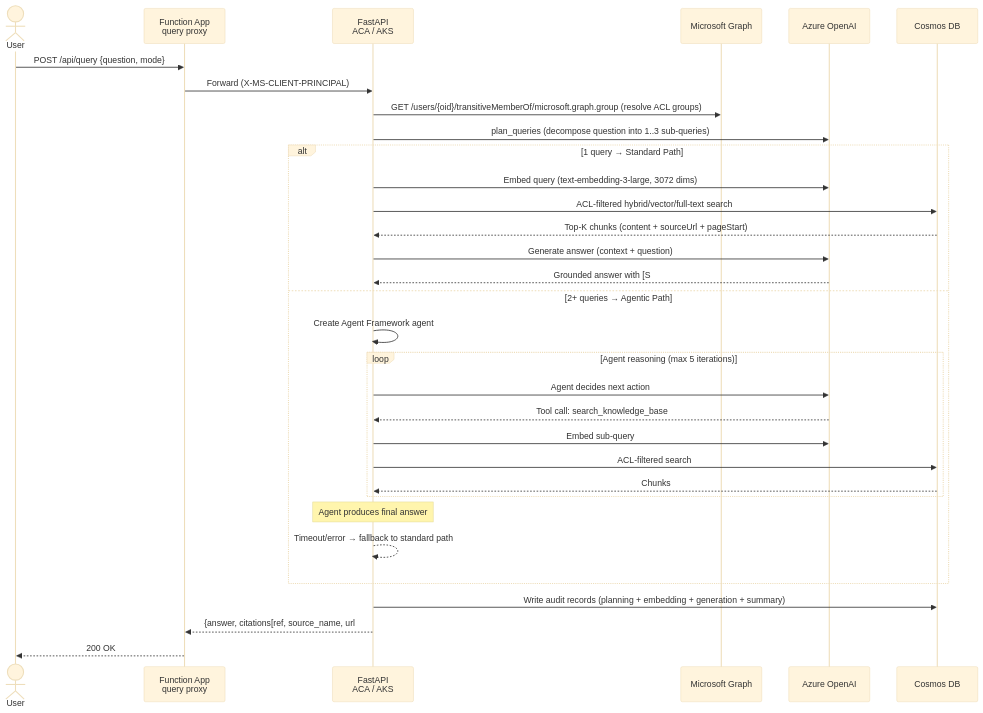
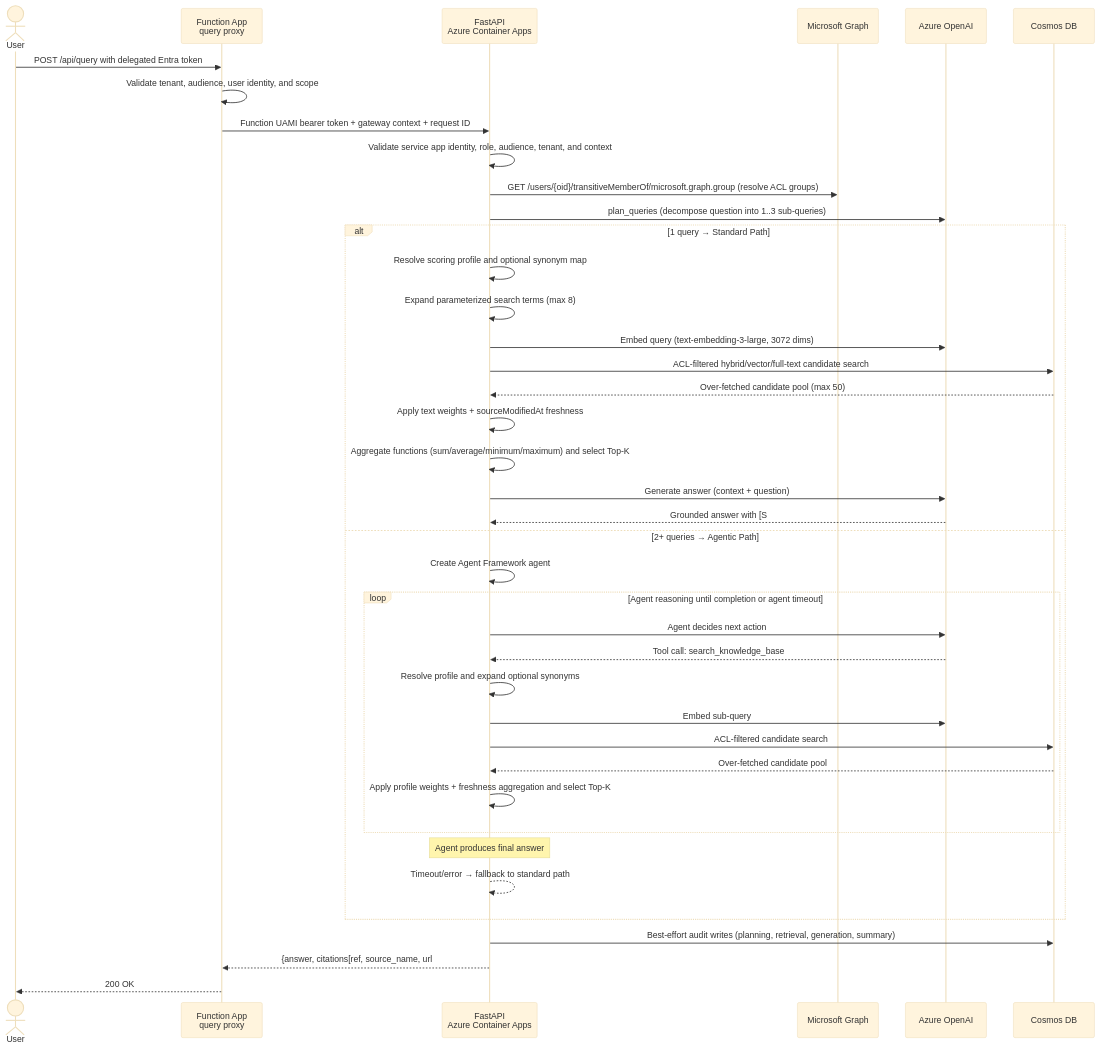
Before and after one commit to HariVamsiChittari/enterprise-rag-pipeline: the eighth of 11 diagrams in docs/ARCHITECTURE.md, drawn with Mermaid (base theme). The commit also changed other lines of this file and 108 other files, not shown here.

````diff
--- a/docs/ARCHITECTURE.md
+++ b/docs/ARCHITECTURE.md
@@ -338,35 +387,43 @@
 ```mermaid
 sequenceDiagram
     actor User
     participant Proxy as Function App<br/>query proxy
-    participant RAG as FastAPI<br/>ACA / AKS
+    participant RAG as FastAPI<br/>Azure Container Apps
     participant Graph as Microsoft Graph
     participant OAI as Azure OpenAI
     participant Cosmos as Cosmos DB
 
-    User->>Proxy: POST /api/query {question, mode}
-    Proxy->>RAG: Forward (X-MS-CLIENT-PRINCIPAL)
+    User->>Proxy: POST /api/query with delegated Entra token
+    Proxy->>Proxy: Validate tenant, audience, user identity, and scope
+    Proxy->>RAG: Function UAMI bearer token + gateway context + request ID
+    RAG->>RAG: Validate service app identity, role, audience, tenant, and context
     RAG->>Graph: GET /users/{oid}/transitiveMemberOf/microsoft.graph.group (resolve ACL groups)
     RAG->>OAI: plan_queries (decompose question into 1..3 sub-queries)
     alt 1 query → Standard Path
+        RAG->>RAG: Resolve scoring profile and optional synonym map
+        RAG->>RAG: Expand parameterized search terms (max 8)
         RAG->>OAI: Embed query (text-embedding-3-large, 3072 dims)
-        RAG->>Cosmos: ACL-filtered hybrid/vector/full-text search
-        Cosmos-->>RAG: Top-K chunks (content + sourceUrl + pageStart)
+        RAG->>Cosmos: ACL-filtered hybrid/vector/full-text candidate search
+        Cosmos-->>RAG: Over-fetched candidate pool (max 50)
+        RAG->>RAG: Apply text weights + sourceModifiedAt freshness
+        RAG->>RAG: Aggregate functions (sum/average/minimum/maximum) and select Top-K
         RAG->>OAI: Generate answer (context + question)
         OAI-->>RAG: Grounded answer with [S#] markers
     else 2+ queries → Agentic Path
         RAG->>RAG: Create Agent Framework agent
-        loop Agent reasoning (max 5 iterations)
+        loop Agent reasoning until completion or agent timeout
             RAG->>OAI: Agent decides next action
             OAI-->>RAG: Tool call: search_knowledge_base
+            RAG->>RAG: Resolve profile and expand optional synonyms
             RAG->>OAI: Embed sub-query
-            RAG->>Cosmos: ACL-filtered search
-            Cosmos-->>RAG: Chunks
+            RAG->>Cosmos: ACL-filtered candidate search
+            Cosmos-->>RAG: Over-fetched candidate pool
+            RAG->>RAG: Apply profile weights + freshness aggregation and select Top-K
         end
         Note over RAG: Agent produces final answer
         RAG-->>RAG: Timeout/error → fallback to standard path
     end
-    RAG->>Cosmos: Write audit records (planning + embedding + generation + summary)
+    RAG->>Cosmos: Best-effort audit writes (planning, retrieval, generation, summary)
     RAG-->>Proxy: {answer, citations[ref, source_name, url#page=N], request_id}
     Proxy-->>User: 200 OK
 ```
````
